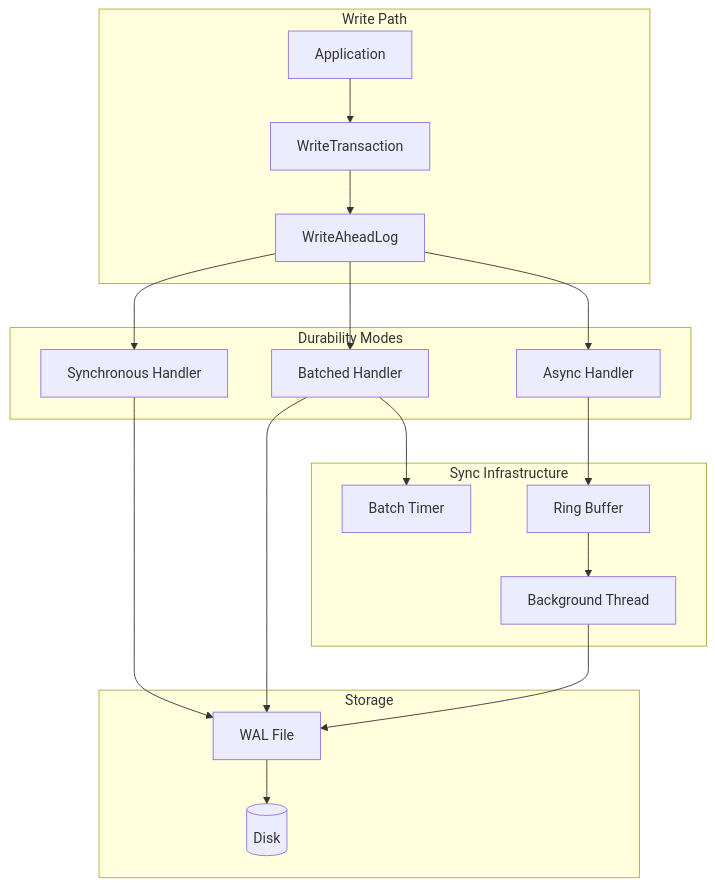
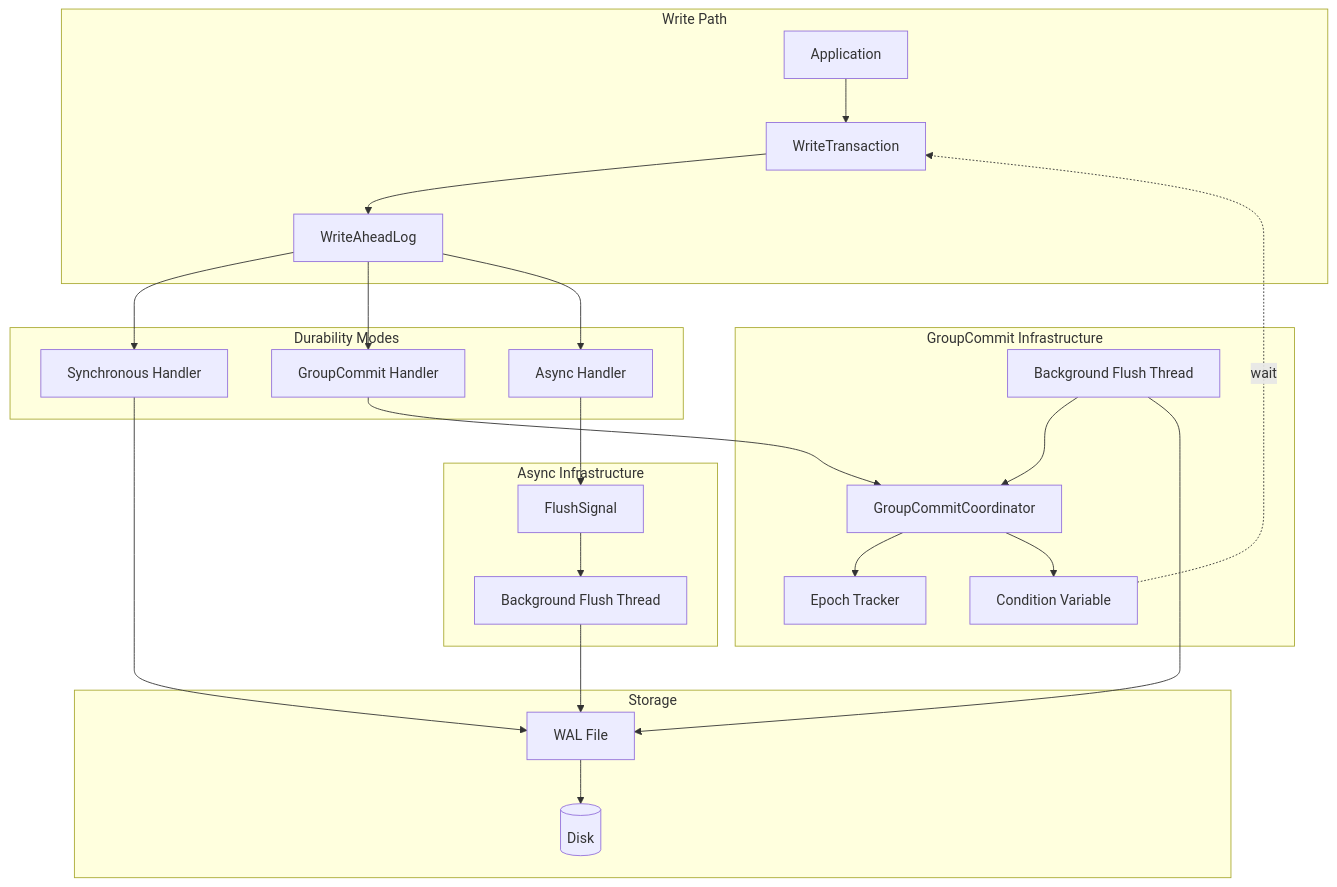
One commit to autumn-foundation/AletheiaDB changed the fourth of 14 diagrams in docs/architecture/durability-modes.md. Above: the diagram before and after it, drawn with Mermaid. The commit also changed other lines of this file, not shown here.

First line of the commit message:
docs: Update durability-modes.md to reflect GroupCommit implementation

````diff
--- a/docs/architecture/durability-modes.md
+++ b/docs/architecture/durability-modes.md
@@ -94,41 +97,53 @@
 ```mermaid
 graph TB
     subgraph "Write Path"
         APP[Application]
         TX[WriteTransaction]
         WAL[WriteAheadLog]
     end
 
     subgraph "Durability Modes"
         SYNC[Synchronous Handler]
-        BATCH[Batched Handler]
+        GC[GroupCommit Handler]
         ASYNC[Async Handler]
     end
 
-    subgraph "Sync Infrastructure"
-        TIMER[Batch Timer]
-        BGTHREAD[Background Thread]
-        BUFFER[Ring Buffer]
+    subgraph "GroupCommit Infrastructure"
+        COORD[GroupCommitCoordinator]
+        EPOCH[Epoch Tracker]
+        CV[Condition Variable]
+        GCTHREAD[Background Flush Thread]
+    end
+
+    subgraph "Async Infrastructure"
+        SIGNAL[FlushSignal]
+        ASYNCTHREAD[Background Flush Thread]
     end
 
     subgraph "Storage"
         FILE[WAL File]
         DISK[(Disk)]
     end
 
     APP --> TX
     TX --> WAL
 
     WAL --> SYNC
-    WAL --> BATCH
+    WAL --> GC
     WAL --> ASYNC
 
     SYNC --> FILE
-    BATCH --> TIMER
-    BATCH --> FILE
-    ASYNC --> BUFFER
-    BUFFER --> BGTHREAD
-    BGTHREAD --> FILE
+
+    GC --> COORD
+    COORD --> EPOCH
+    COORD --> CV
+    CV -.wait.-> TX
+    GCTHREAD --> COORD
+    GCTHREAD --> FILE
+
+    ASYNC --> SIGNAL
+    SIGNAL --> ASYNCTHREAD
+    ASYNCTHREAD --> FILE
 
     FILE --> DISK
 ```
````
